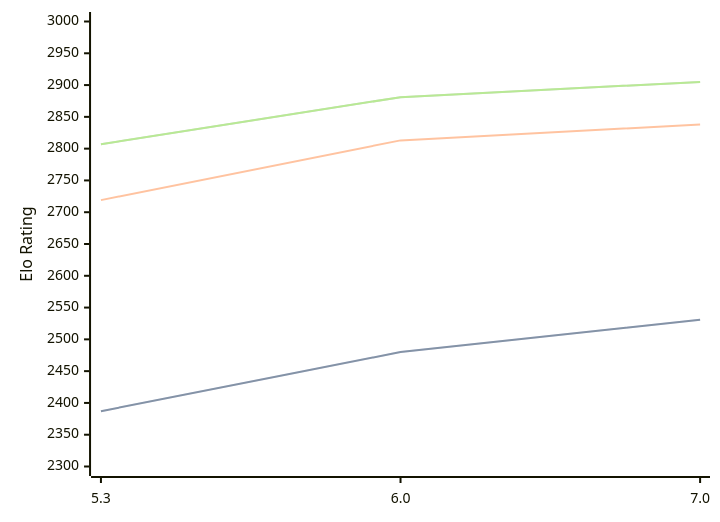
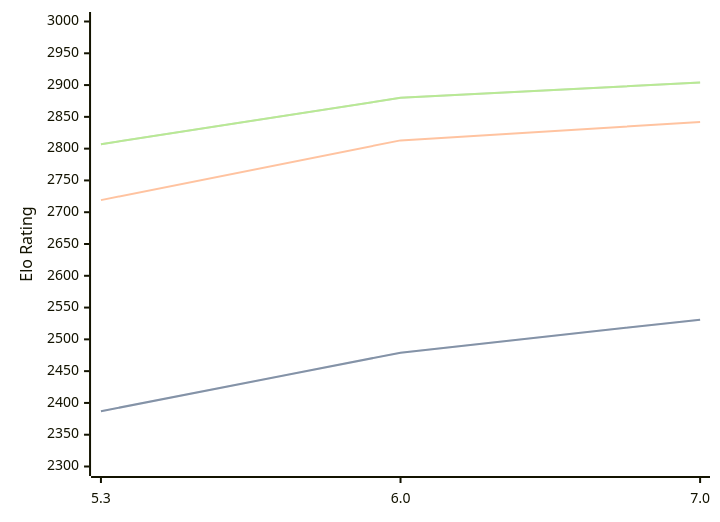
Before and after one commit to computer-chess-index/cci: the diagram in engines/tomitankChess.md, drawn with Mermaid. The commit also changed other lines of this file, not shown here.

Commit message:
Update CCI Ratings (ELO VLTC) - 2026-08-30

````diff
--- a/engines/tomitankChess.md
+++ b/engines/tomitankChess.md
@@ -33,11 +33,11 @@
 ```mermaid
 %%{init: {"theme":"base","themeVariables":{"seriesColors:['#a3a3a3','#222221','#faa371']}}}%%
 xychart-beta
   x-axis ["5.3", "6.0", "7.0"]
   y-axis "Elo Rating" 2300 --> 3000
-  line "" [2387, 2480, 2531]
-  line "STC (8.0+0.08s)" [2387, 2480, 2531]
-  line "LTC (60.0+0.60s)" [2719, 2813, 2838]
-  line "" [2807, 2881, 2905]
-  line "VLTC (2m24s+1.12s)" [2807, 2881, 2905]
+  line "" [2387, 2479, 2531]
+  line "STC (8.0+0.08s)" [2387, 2479, 2531]
+  line "LTC (60.0+0.60s)" [2719, 2813, 2842]
+  line "" [2807, 2880, 2904]
+  line "VLTC (2m24s+1.12s)" [2807, 2880, 2904]
 ```
````
